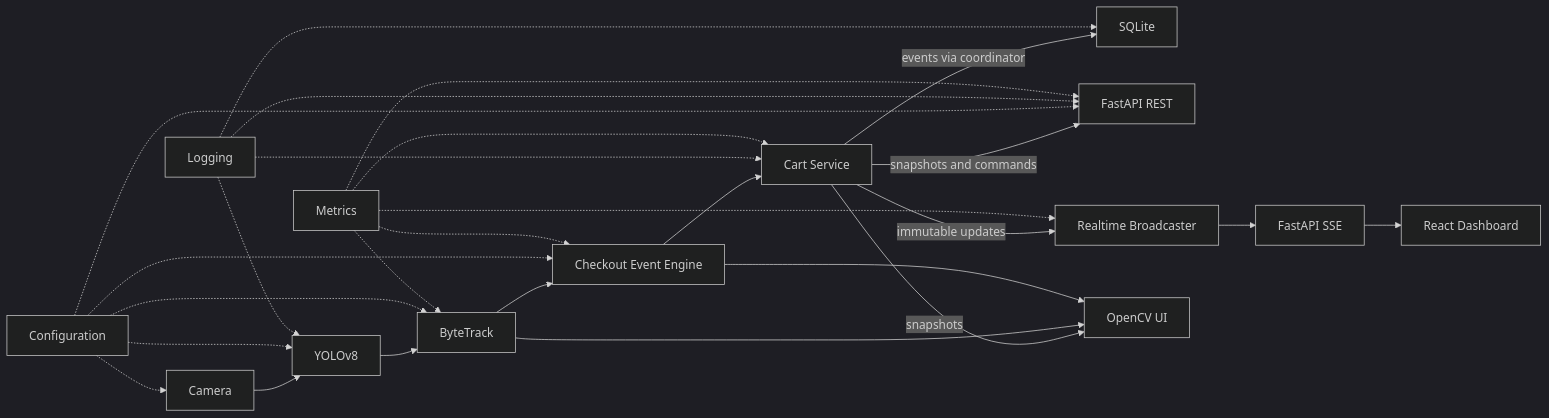
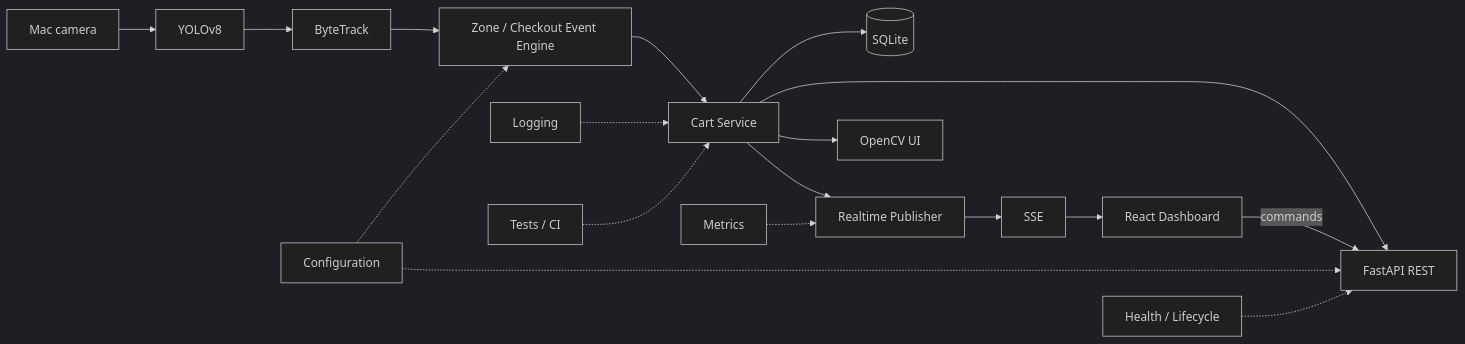
The diagram in README.md (SHUBHANGSUDHANSU/smart-retail-checkout), drawn with Mermaid (dark theme) before and after one commit. The commit also changed other lines of this file and 39 other files, not shown here.

````diff
--- a/README.md
+++ b/README.md
@@ -40,31 +47,22 @@
 ```mermaid
 flowchart LR
-    Camera["Camera"] --> YOLO["YOLOv8"]
-    YOLO --> ByteTrack["ByteTrack"]
-    ByteTrack --> EventEngine["Checkout Event Engine"]
-    EventEngine --> Cart["Cart Service"]
+    Camera[Mac camera] --> YOLO[YOLOv8]
+    YOLO --> Tracker[ByteTrack]
+    Tracker --> Engine[Zone / Checkout Event Engine]
+    Engine --> Cart[Cart Service]
 
-    Cart -->|"events via coordinator"| SQLite["SQLite"]
-    Cart -->|"snapshots and commands"| API["FastAPI REST"]
-    Cart -->|"immutable updates"| Realtime["Realtime Broadcaster"]
-    Realtime --> SSE["FastAPI SSE"]
-    SSE --> React["React Dashboard"]
-    Cart -->|"snapshots"| UI["OpenCV UI"]
-    ByteTrack --> UI
-    EventEngine --> UI
+    Cart --> SQLite[(SQLite)]
+    Cart --> REST[FastAPI REST]
+    Cart --> Realtime[Realtime Publisher]
+    Cart --> OpenCV[OpenCV UI]
+    Realtime --> SSE[SSE]
+    SSE --> React[React Dashboard]
+    React -->|commands| REST
 
-    Config["Configuration"] -.-> Camera
-    Config -.-> YOLO
-    Config -.-> ByteTrack
-    Config -.-> EventEngine
-    Config -.-> API
-    Logging["Logging"] -.-> YOLO
-    Logging -.-> Cart
-    Logging -.-> SQLite
-    Logging -.-> API
-    Metrics["Metrics"] -.-> ByteTrack
-    Metrics -.-> EventEngine
-    Metrics -.-> Cart
-    Metrics -.-> API
-    Metrics -.-> Realtime
+    Config[Configuration] -.-> Engine
+    Config -.-> REST
+    Logging[Logging] -.-> Cart
+    Metrics[Metrics] -.-> Realtime
+    Health[Health / Lifecycle] -.-> REST
+    Tests[Tests / CI] -.-> Cart
 ```
````
